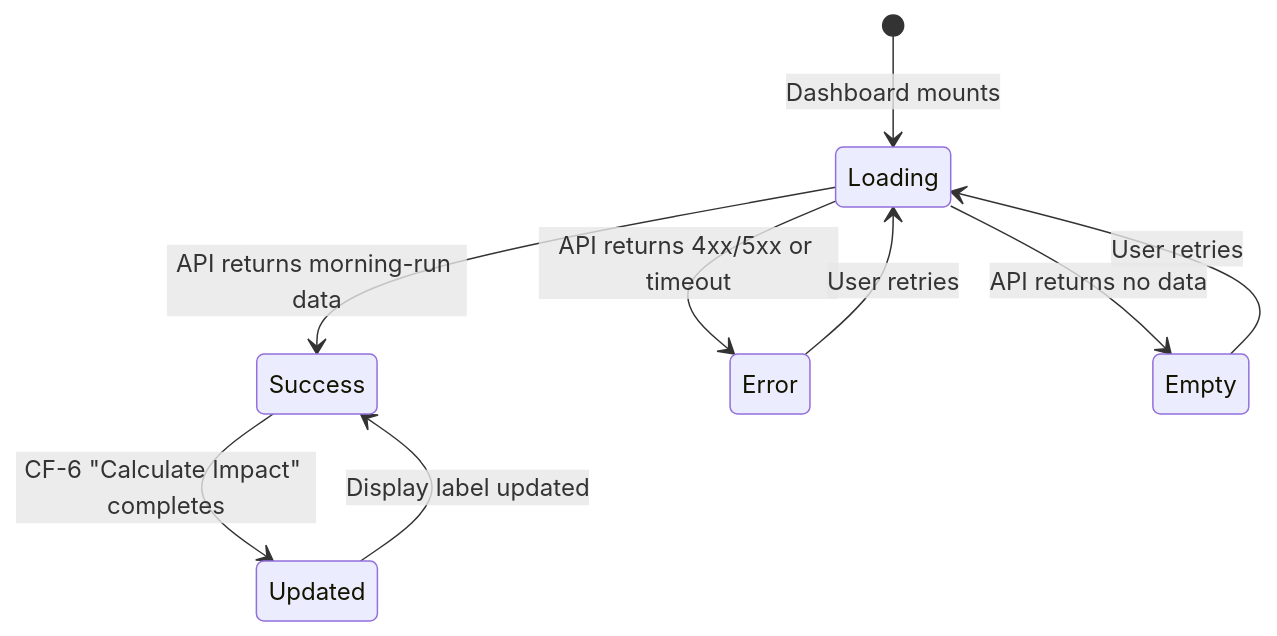
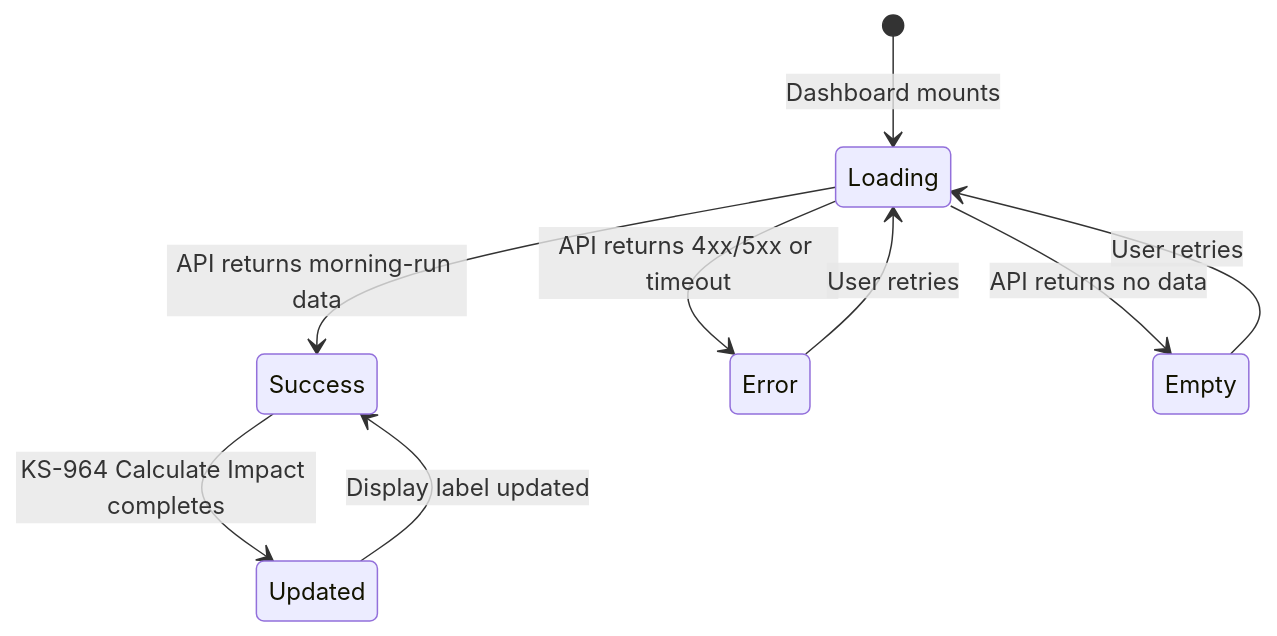
Before and after one commit to hakabi/GenD: the third of 7 diagrams in Jira Ticket/CF_tickets_breakdown.md, drawn with Mermaid. The commit also changed other lines of this file and 10 other files, not shown here.

````diff
--- a/Jira Ticket/CF_tickets_breakdown.md
+++ b/Jira Ticket/CF_tickets_breakdown.md
@@ -322,11 +342,11 @@
 ```mermaid
 stateDiagram-v2
     [*] --> Loading : Dashboard mounts
     Loading --> Success : API returns morning-run data
     Loading --> Error : API returns 4xx/5xx or timeout
     Loading --> Empty : API returns no data
-    Success --> Updated : CF-6 "Calculate Impact" completes
+    Success --> Updated : KS-964 Calculate Impact completes
     Updated --> Success : Display label updated
     Error --> Loading : User retries
     Empty --> Loading : User retries
 ```
````
